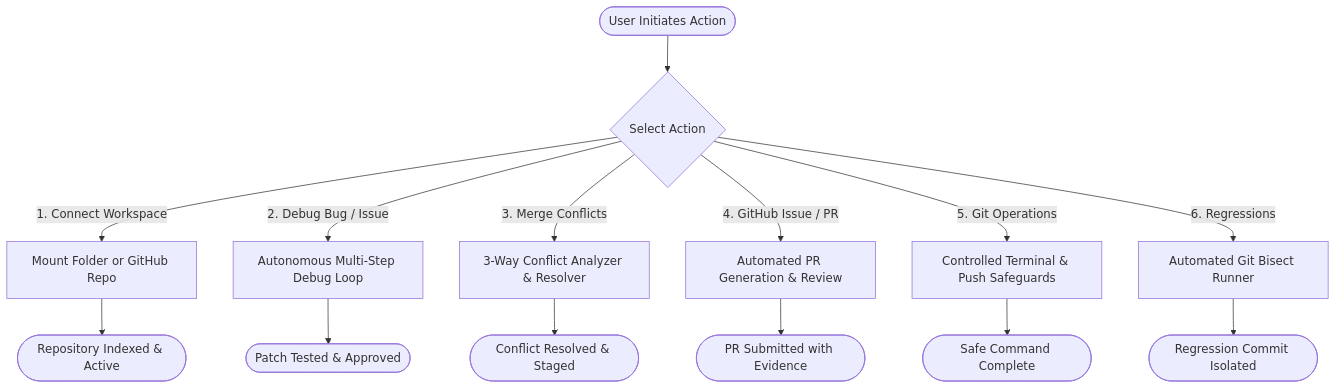
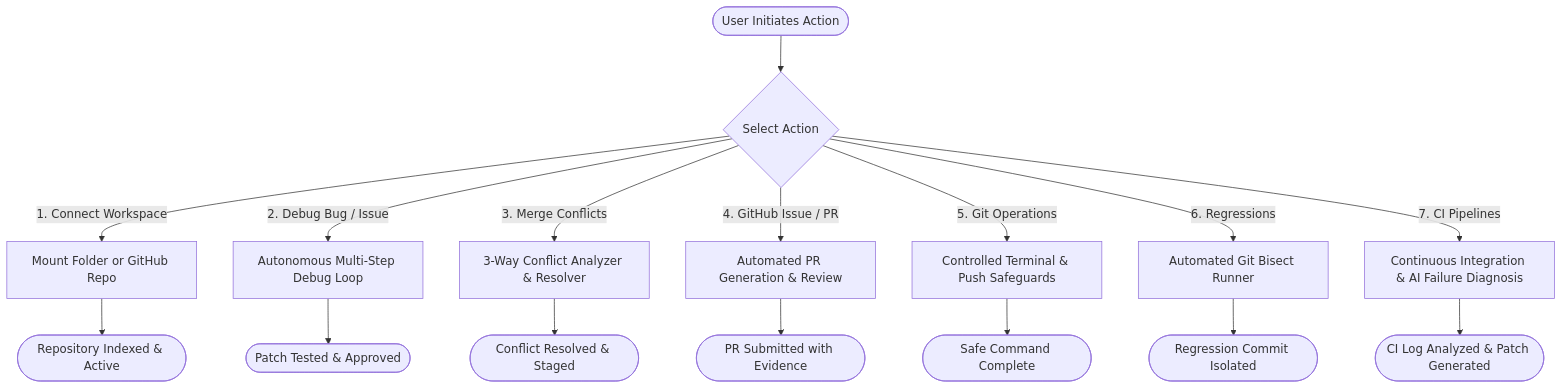
The first of 7 diagrams in docs/workflow.md (HarshPariya/git-agent), drawn with Mermaid before and after one commit. The commit also changed other lines of this file and 42 other files, not shown here.

````diff
--- a/docs/workflow.md
+++ b/docs/workflow.md
@@ -9,18 +9,20 @@
 ```mermaid
 flowchart TD
     START([User Initiates Action]) --> ACTION{Select Action}
     
     ACTION -->|1. Connect Workspace| WF1[Mount Folder or GitHub Repo]
     ACTION -->|2. Debug Bug / Issue| WF2[Autonomous Multi-Step Debug Loop]
     ACTION -->|3. Merge Conflicts| WF3[3-Way Conflict Analyzer & Resolver]
     ACTION -->|4. GitHub Issue / PR| WF4[Automated PR Generation & Review]
     ACTION -->|5. Git Operations| WF5[Controlled Terminal & Push Safeguards]
     ACTION -->|6. Regressions| WF6[Automated Git Bisect Runner]
+    ACTION -->|7. CI Pipelines| WF7[Continuous Integration & AI Failure Diagnosis]
 
     WF1 --> READY([Repository Indexed & Active])
     WF2 --> VERIFIED([Patch Tested & Approved])
     WF3 --> MERGED([Conflict Resolved & Staged])
     WF4 --> PR_CREATED([PR Submitted with Evidence])
     WF5 --> EXECUTED([Safe Command Complete])
     WF6 --> CULPRIT([Regression Commit Isolated])
+    WF7 --> CI_DIAG([CI Log Analyzed & Patch Generated])
 ```
````
